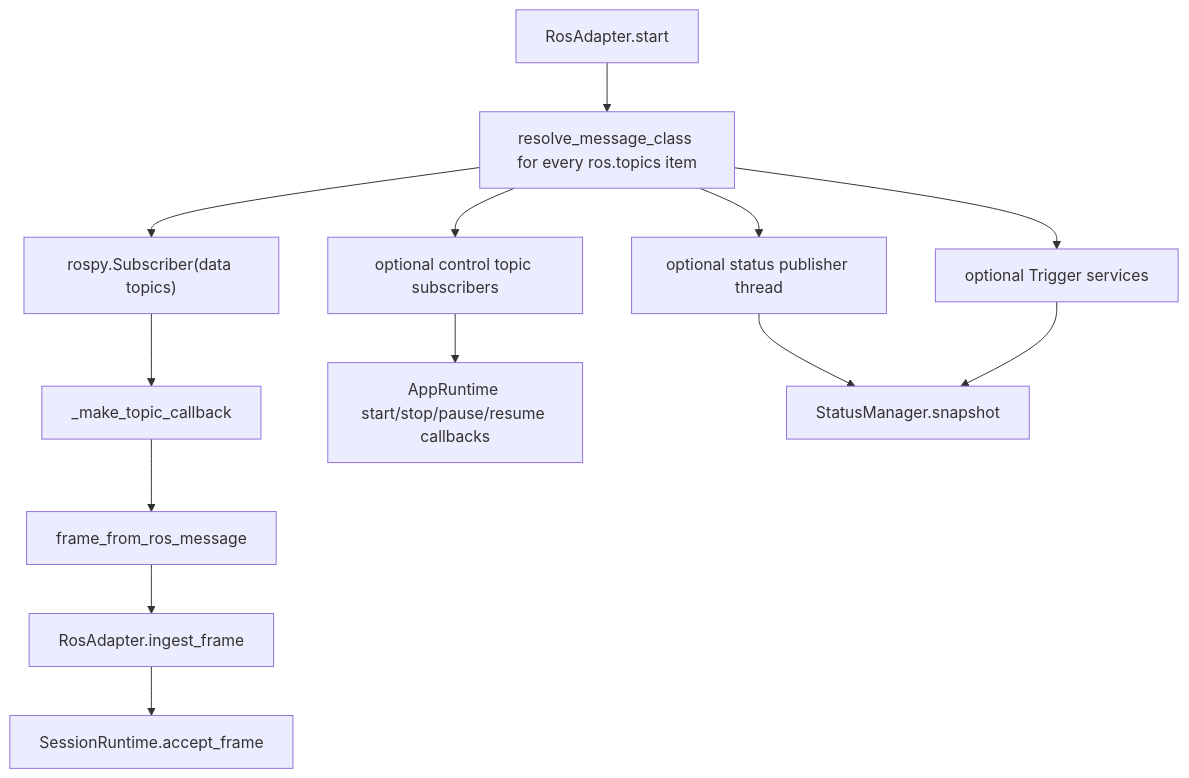
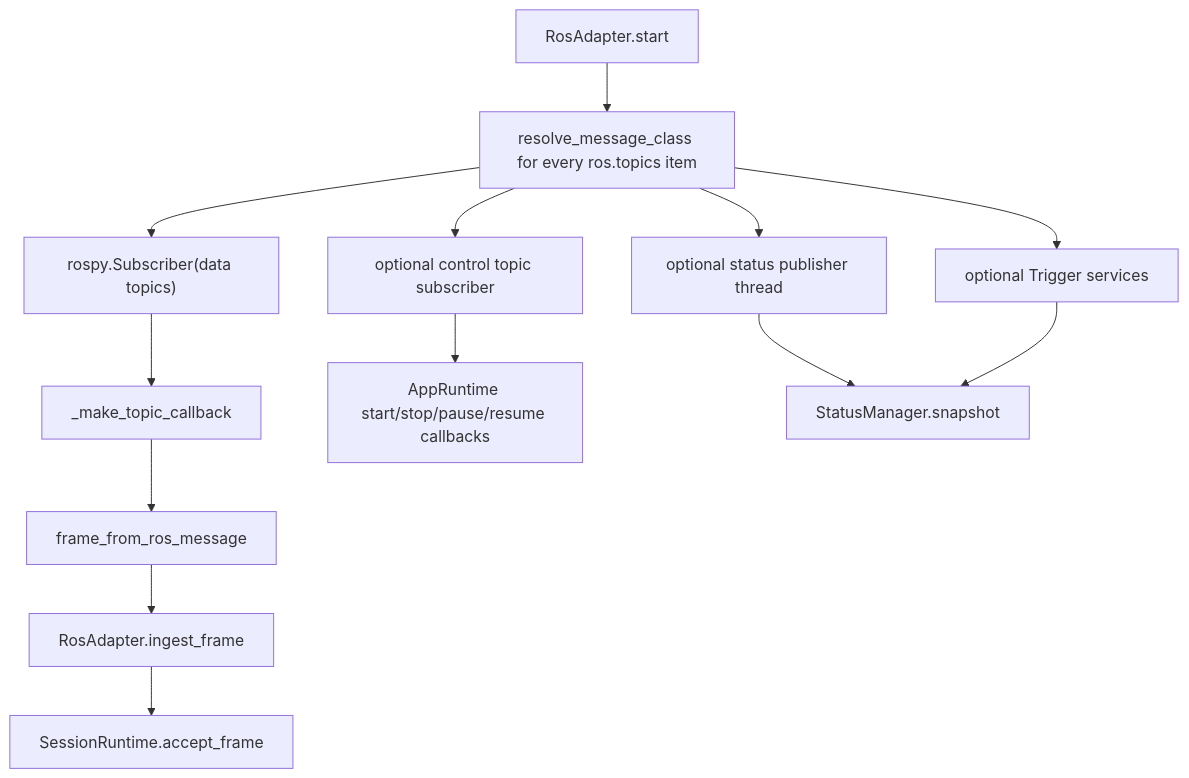
Before and after one commit to permanentchange/DataCollectDAG: the fifth of 7 diagrams in docs/architecture.md, drawn with Mermaid. The commit also changed other lines of this file and 1 other file, not shown here.

Commit message:
docs: update ROS architecture docs

````diff
--- a/docs/architecture.md
+++ b/docs/architecture.md
@@ -489,15 +493,15 @@
 ```mermaid
 flowchart TD
   RosStart["RosAdapter.start"] --> Resolve["resolve_message_class for every ros.topics item"]
   Resolve --> SubData["rospy.Subscriber(data topics)"]
-  Resolve --> SubControl["optional control topic subscribers"]
+  Resolve --> SubControl["optional control topic subscriber"]
   Resolve --> PubStatus["optional status publisher thread"]
   Resolve --> Services["optional Trigger services"]
   SubData --> Callback["_make_topic_callback"]
   Callback --> Wrap["frame_from_ros_message"]
   Wrap --> Ingest["RosAdapter.ingest_frame"]
   Ingest --> Session["SessionRuntime.accept_frame"]
   SubControl --> AppCallbacks["AppRuntime start/stop/pause/resume callbacks"]
   PubStatus --> Snapshot["StatusManager.snapshot"]
   Services --> Snapshot
 ```
````
